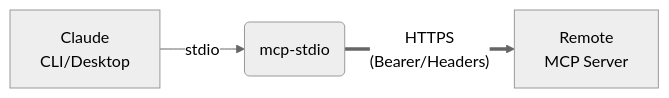
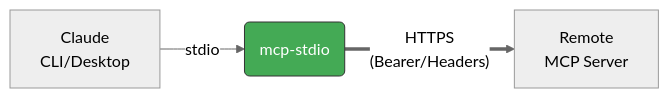
One commit to shigechika/mcp-stdio changed the diagram in README.ja.md. Above: the diagram before and after it, drawn with Mermaid (neutral theme). The commit also changed 1 other file, not shown here.

Commit message:
docs: highlight mcp-stdio node in green

````diff
--- a/README.ja.md
+++ b/README.ja.md
@@ -11,5 +11,6 @@
 ```mermaid
 flowchart LR
     A[Claude<br>CLI/Desktop] -- stdio --> B(mcp-stdio)
     B == "HTTPS<br>(Bearer/Headers)" ==> C[Remote<br>MCP Server]
+    style B fill:#4a5,stroke:#333,color:#fff
 ```
````
